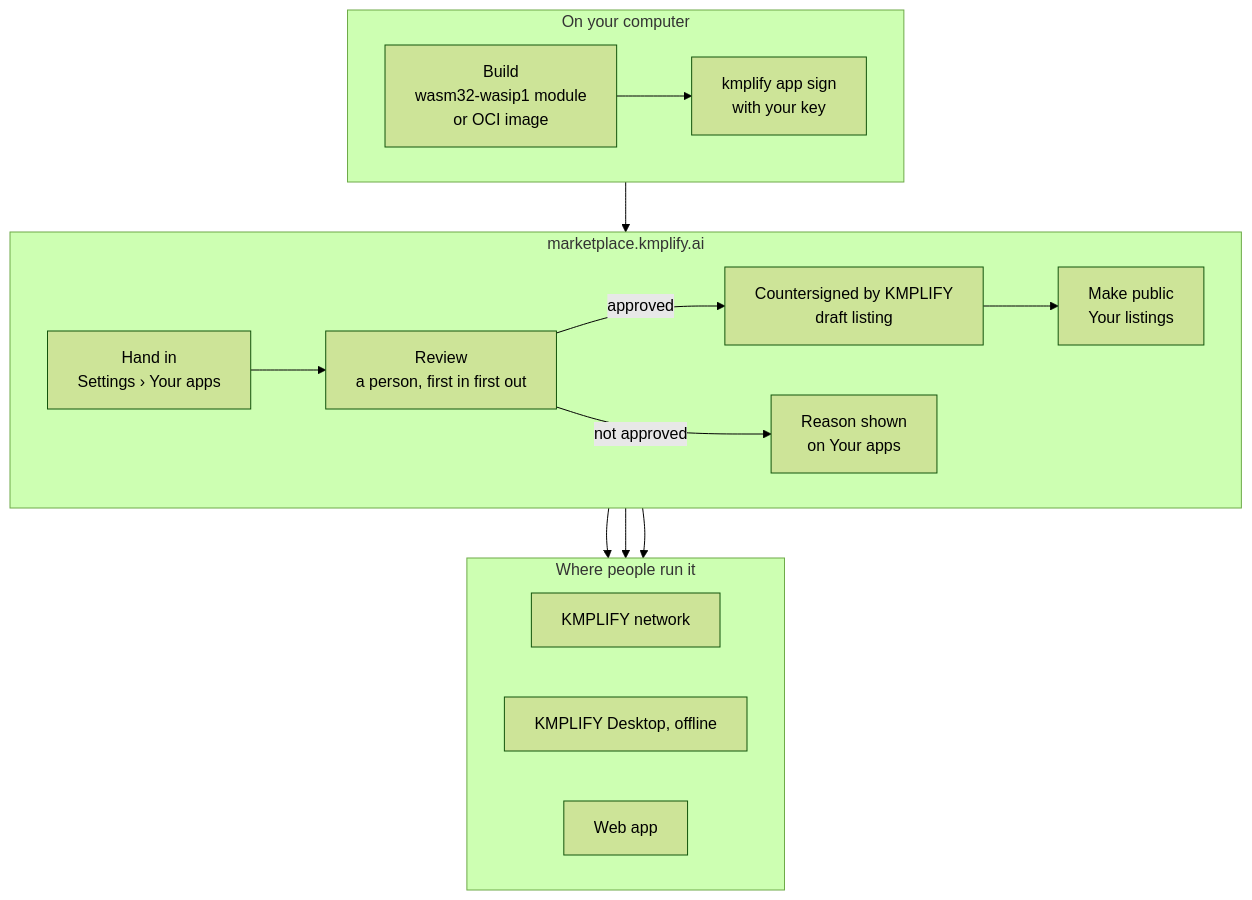
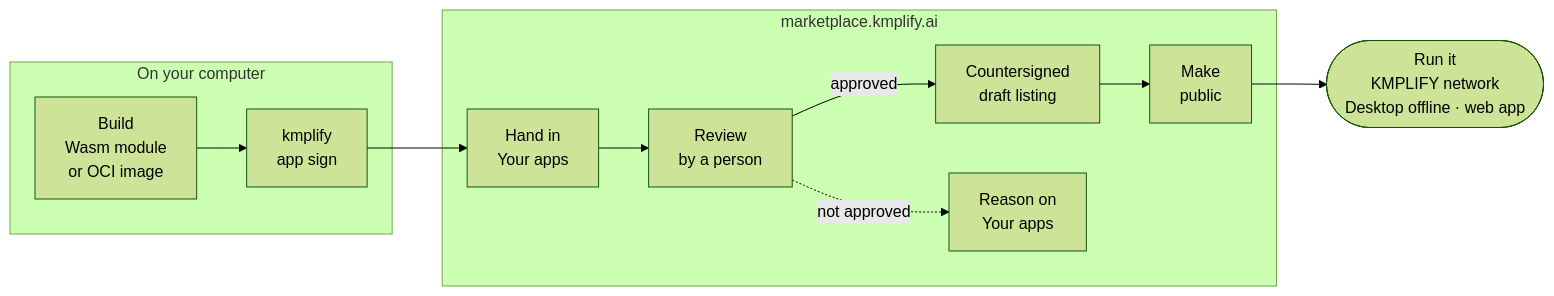
The first of 3 diagrams in README.md (kmplify/kmplify-dev-sdk), drawn with Mermaid (forest theme) before and after one commit. The commit also changed 1 other file, not shown here.

Commit message:
:art: README: compact How it works diagram (left to right, one run node)

````diff
--- a/README.md
+++ b/README.md
@@ -77,22 +77,14 @@
 ```mermaid
-flowchart TB
+flowchart LR
     subgraph you["On your computer"]
-        direction LR
-        A["Build<br/>wasm32-wasip1 module<br/>or OCI image"] --> B["kmplify app sign<br/>with your key"]
+        A["Build<br/>Wasm module<br/>or OCI image"] --> B["kmplify<br/>app sign"]
     end
     subgraph mp["marketplace.kmplify.ai"]
-        direction LR
-        C["Hand in<br/>Settings › Your apps"] --> D["Review<br/>a person, first in first out"]
-        D -->|approved| E["Countersigned by KMPLIFY<br/>draft listing"]
-        E --> F["Make public<br/>Your listings"]
-        D -->|not approved| R["Reason shown<br/>on Your apps"]
-    end
-    subgraph run["Where people run it"]
-        direction LR
-        G["KMPLIFY network"]
-        H["KMPLIFY Desktop, offline"]
-        I["Web app"]
+        C["Hand in<br/>Your apps"] --> D["Review<br/>by a person"]
+        D -->|approved| E["Countersigned<br/>draft listing"]
+        E --> F["Make<br/>public"]
+        D -.->|not approved| R["Reason on<br/>Your apps"]
     end
     B --> C
-    F --> G & H & I
+    F --> G(["Run it<br/>KMPLIFY network<br/>Desktop offline · web app"])
 ```
````
